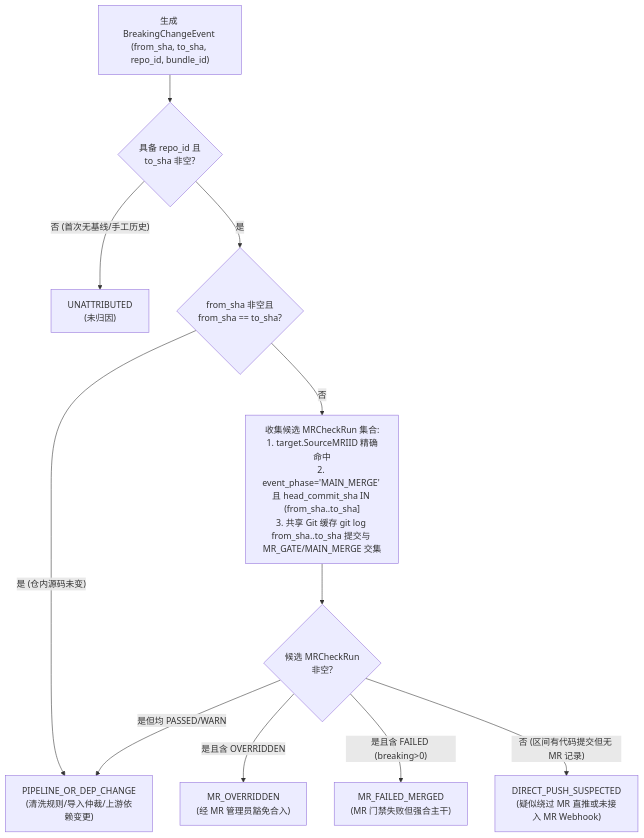
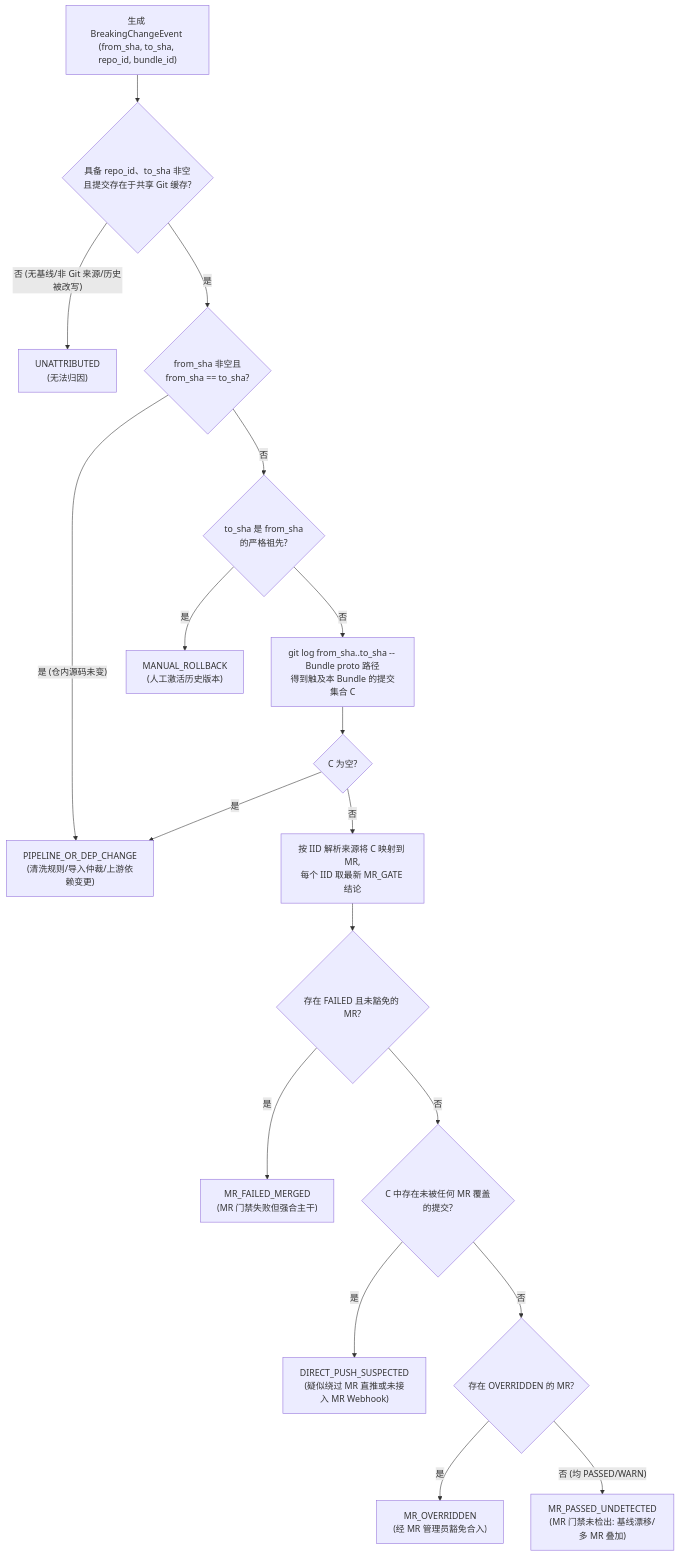
The second of 2 diagrams in docs/05-adr/32-five-lines-flywheel-ux-dual-gate-and-audit-traceability-adr.md (fugui/code-contract), drawn with Mermaid before and after one commit. The commit also changed other lines of this file, not shown here.

Commit message:
docs(adr): 实证复核修订 ADR-32（CI_GATE 可见性、门禁台账状态全集、七态归因与异步化、零评估回归子分口径）

````diff
--- a/docs/05-adr/32-five-lines-flywheel-ux-dual-gate-and-audit-traceability-adr.md
+++ b/docs/05-adr/32-five-lines-flywheel-ux-dual-gate-and-audit-traceability-adr.md
@@ -99,13 +107,20 @@
 ```mermaid
 flowchart TD
-    Start["生成 BreakingChangeEvent (from_sha, to_sha, repo_id, bundle_id)"] --> HasMeta{"具备 repo_id 且<br/>to_sha 非空?"}
-    HasMeta -- "否 (首次无基线/手工历史)" --> Unattr["UNATTRIBUTED<br/>(未归因)"]
+    Start["生成 BreakingChangeEvent (from_sha, to_sha, repo_id, bundle_id)"] --> HasMeta{"具备 repo_id、to_sha 非空<br/>且提交存在于共享 Git 缓存?"}
+    HasMeta -- "否 (无基线/非 Git 来源/历史被改写)" --> Unattr["UNATTRIBUTED<br/>(无法归因)"]
     HasMeta -- "是" --> SameSHA{"from_sha 非空且<br/>from_sha == to_sha?"}
     SameSHA -- "是 (仓内源码未变)" --> PipeDep["PIPELINE_OR_DEP_CHANGE<br/>(清洗规则/导入仲裁/上游依赖变更)"]
-    SameSHA -- "否" --> Collect["收集候选 MRCheckRun 集合:<br/>1. target.SourceMRIID 精确命中<br/>2. event_phase='MAIN_MERGE' 且 head_commit_sha IN (from_sha..to_sha]<br/>3. 共享 Git 缓存 git log from_sha..to_sha 提交与 MR_GATE/MAIN_MERGE 交集"]
-    Collect --> HitMR{"候选 MRCheckRun<br/>非空?"}
-    HitMR -- "是且含 OVERRIDDEN" --> Overridden["MR_OVERRIDDEN<br/>(经 MR 管理员豁免合入)"]
-    HitMR -- "是且含 FAILED (breaking>0)" --> FailedMerged["MR_FAILED_MERGED<br/>(MR 门禁失败但强合主干)"]
-    HitMR -- "是但均 PASSED/WARN" --> PipeDep
-    HitMR -- "否 (区间有代码提交但无 MR 记录)" --> DirectPush["DIRECT_PUSH_SUSPECTED<br/>(疑似绕过 MR 直推或未接入 MR Webhook)"]
+    SameSHA -- "否" --> Rollback{"to_sha 是 from_sha<br/>的严格祖先?"}
+    Rollback -- "是" --> ManualRb["MANUAL_ROLLBACK<br/>(人工激活历史版本)"]
+    Rollback -- "否" --> Commits["git log from_sha..to_sha -- Bundle proto 路径<br/>得到触及本 Bundle 的提交集合 C"]
+    Commits --> EmptyC{"C 为空?"}
+    EmptyC -- "是" --> PipeDep
+    EmptyC -- "否" --> Resolve["按 IID 解析来源将 C 映射到 MR,<br/>每个 IID 取最新 MR_GATE 结论"]
+    Resolve --> AnyFailed{"存在 FAILED 且未豁免的 MR?"}
+    AnyFailed -- "是" --> FailedMerged["MR_FAILED_MERGED<br/>(MR 门禁失败但强合主干)"]
+    AnyFailed -- "否" --> Uncovered{"C 中存在未被任何 MR 覆盖的提交?"}
+    Uncovered -- "是" --> DirectPush["DIRECT_PUSH_SUSPECTED<br/>(疑似绕过 MR 直推或未接入 MR Webhook)"]
+    Uncovered -- "否" --> AnyOverride{"存在 OVERRIDDEN 的 MR?"}
+    AnyOverride -- "是" --> Overridden["MR_OVERRIDDEN<br/>(经 MR 管理员豁免合入)"]
+    AnyOverride -- "否 (均 PASSED/WARN)" --> Undetected["MR_PASSED_UNDETECTED<br/>(MR 门禁未检出: 基线漂移/多 MR 叠加)"]
 ```
````
